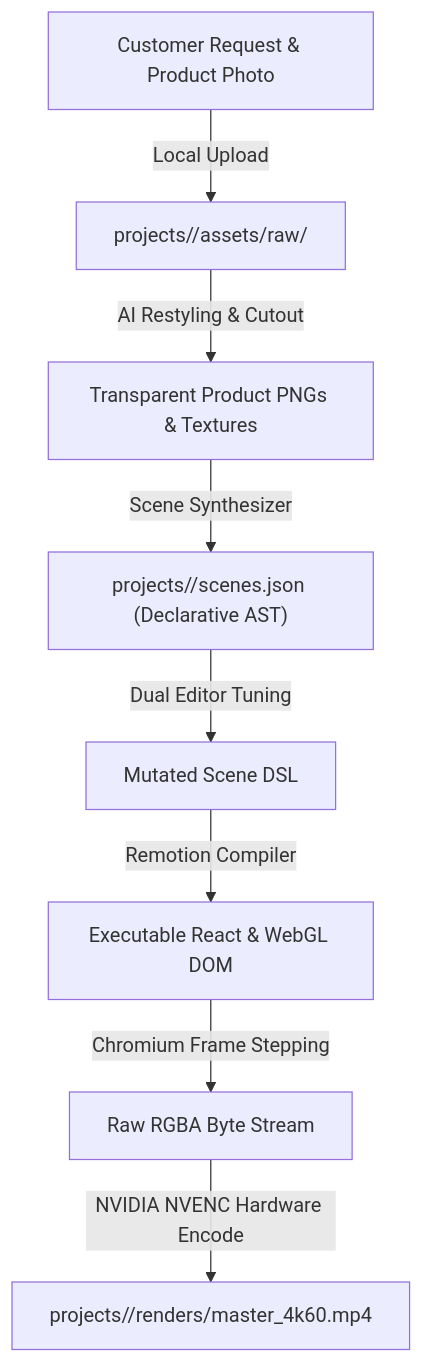
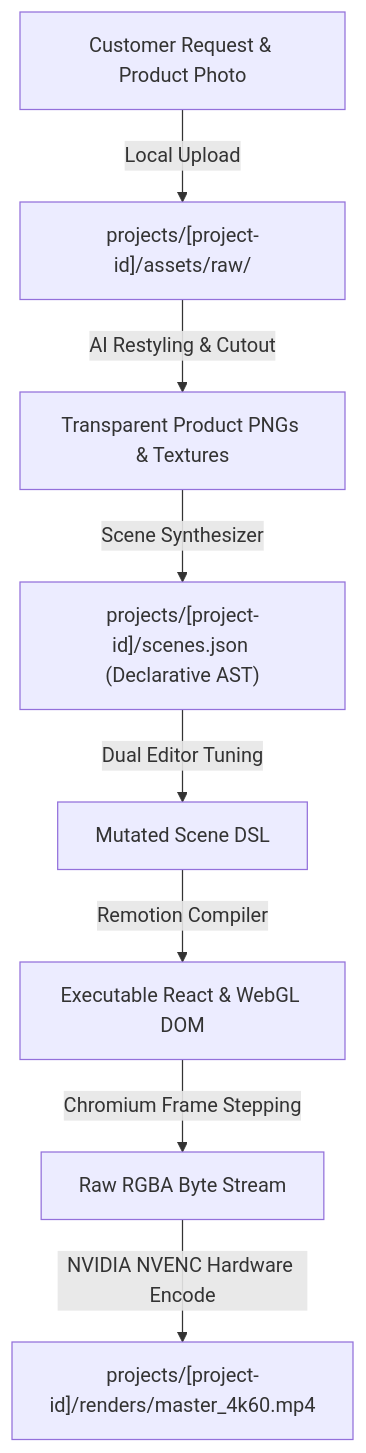
Before and after one commit to hoanglong2206/Video-Tool: the fifth of 5 diagrams in docs/architecture/DATA_FLOW.md, drawn with Mermaid. The commit also changed other lines of this file and 8 other files, not shown here.

First line of the commit message:
fix(docs): fix Mermaid diagram syntax errors and unescaped tags

````diff
--- a/docs/architecture/DATA_FLOW.md
+++ b/docs/architecture/DATA_FLOW.md
@@ -120,10 +120,10 @@
 ```mermaid
 graph TD
-    A["Customer Request & Product Photo"] -->|Local Upload| B["projects/<id>/assets/raw/"]
+    A["Customer Request & Product Photo"] -->|Local Upload| B["projects/[project-id]/assets/raw/"]
     B -->|AI Restyling & Cutout| C["Transparent Product PNGs & Textures"]
-    C -->|Scene Synthesizer| D["projects/<id>/scenes.json (Declarative AST)"]
+    C -->|Scene Synthesizer| D["projects/[project-id]/scenes.json (Declarative AST)"]
     D -->|Dual Editor Tuning| E["Mutated Scene DSL"]
     E -->|Remotion Compiler| F["Executable React & WebGL DOM"]
     F -->|Chromium Frame Stepping| G["Raw RGBA Byte Stream"]
-    G -->|NVIDIA NVENC Hardware Encode| H["projects/<id>/renders/master_4k60.mp4"]
+    G -->|NVIDIA NVENC Hardware Encode| H["projects/[project-id]/renders/master_4k60.mp4"]
 ```
````
